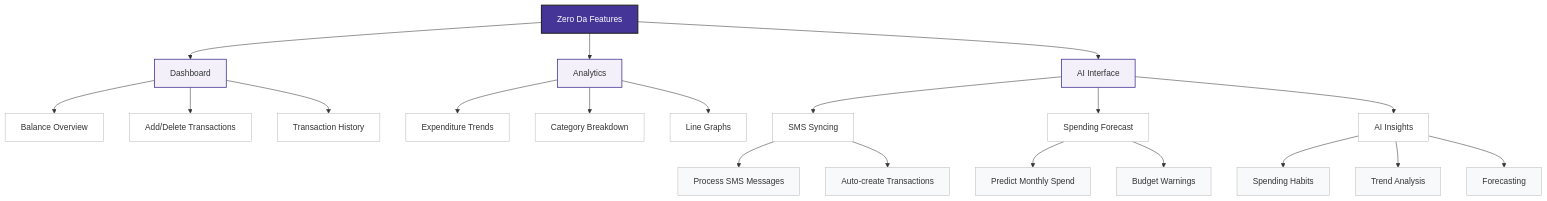
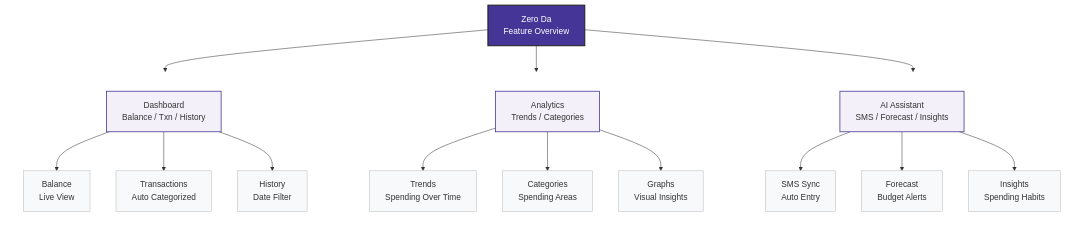
Before and after one commit to gauravmishraokok/ZeroDa: the diagram in README.md, drawn with Mermaid.

Commit message:
ZeroDa : An AI Powered Expense Tracker App

````diff
--- a/README.md
+++ b/README.md
@@ -10,46 +10,61 @@
 ```mermaid
 flowchart TD
-    A[Zero Da Features] --> B[Dashboard]
-    A --> C[Analytics]
-    A --> D[AI Interface]
+    %% Root node
+    ZD[Zero Da<br>Feature Overview]
 
-    B --> B1[Balance Overview]
-    B --> B2[Add/Delete Transactions]
-    B --> B3[Transaction History]
+    %% Connect root to feature groups
+    ZD --> DBGroup
+    ZD --> ANGroup
+    ZD --> AIGroup
 
-    C --> C1[Expenditure Trends]
-    C --> C2[Category Breakdown]
-    C --> C3[Line Graphs]
+    %% Dashboard Subgraph
+    subgraph DBGroup [ ]
+        direction TB
+        DB[Dashboard<br>Balance / Txn / History]
+        DB --> BAL[Balance<br>Live View]
+        DB --> TXN[Transactions<br>Auto Categorized]
+        DB --> HIST[History<br>Date Filter]
+    end
 
-    D --> D1[SMS Syncing]
-    D --> D2[Spending Forecast]
-    D --> D3[AI Insights]
-    D1 --> D1a[Process SMS Messages]
-    D1 --> D1b[Auto-create Transactions]
-    D2 --> D2a[Predict Monthly Spend]
-    D2 --> D2b[Budget Warnings]
-    D3 --> D3a[Spending Habits]
-    D3 --> D3b[Trend Analysis]
-    D3 --> D3c[Forecasting]
+    %% Analytics Subgraph
+    subgraph ANGroup [ ]
+        direction TB
+        AN[Analytics<br>Trends / Categories]
+        AN --> TRENDS[Trends<br>Spending Over Time]
+        AN --> CATS[Categories<br>Spending Areas]
+        AN --> GRAPHS[Graphs<br>Visual Insights]
+    end
 
-    style A fill:#453596,stroke:#222,stroke-width:2px,color:#fff
-    style B fill:#f3f0fa,stroke:#453596,stroke-width:1.5px
-    style C fill:#f3f0fa,stroke:#453596,stroke-width:1.5px
-    style D fill:#f3f0fa,stroke:#453596,stroke-width:1.5px
-    style B1 fill:#fff,stroke:#bbb
-    style B2 fill:#fff,stroke:#bbb
-    style B3 fill:#fff,stroke:#bbb
-    style C1 fill:#fff,stroke:#bbb
-    style C2 fill:#fff,stroke:#bbb
-    style C3 fill:#fff,stroke:#bbb
-    style D1 fill:#fff,stroke:#bbb
-    style D2 fill:#fff,stroke:#bbb
-    style D3 fill:#fff,stroke:#bbb
-    style D1a fill:#f8f9fa,stroke:#bbb
-    style D1b fill:#f8f9fa,stroke:#bbb
-    style D2a fill:#f8f9fa,stroke:#bbb
-    style D2b fill:#f8f9fa,stroke:#bbb
-    style D3a fill:#f8f9fa,stroke:#bbb
-    style D3b fill:#f8f9fa,stroke:#bbb
-    style D3c fill:#f8f9fa,stroke:#bbb
+    %% AI Assistant Subgraph
+    subgraph AIGroup [ ]
+        direction TB
+        AI[AI Assistant<br>SMS / Forecast / Insights]
+        AI --> SMS[SMS Sync<br>Auto Entry]
+        AI --> FC[Forecast<br>Budget Alerts]
+        AI --> INS[Insights<br>Spending Habits]
+    end
+
+    %% Styling - NO comma-separated styles to avoid ghost nodes
+    style ZD fill:#453596,stroke:#222,stroke-width:2px,color:#fff
+
+    style DB fill:#f3f0fa,stroke:#453596,stroke-width:1.5px
+    style BAL fill:#f8f9fa,stroke:#bbb
+    style TXN fill:#f8f9fa,stroke:#bbb
+    style HIST fill:#f8f9fa,stroke:#bbb
+
+    style AN fill:#f3f0fa,stroke:#453596,stroke-width:1.5px
+    style TRENDS fill:#f8f9fa,stroke:#bbb
+    style CATS fill:#f8f9fa,stroke:#bbb
+    style GRAPHS fill:#f8f9fa,stroke:#bbb
+
+    style AI fill:#f3f0fa,stroke:#453596,stroke-width:1.5px
+    style SMS fill:#f8f9fa,stroke:#bbb
+    style FC fill:#f8f9fa,stroke:#bbb
+    style INS fill:#f8f9fa,stroke:#bbb
+
+    style DBGroup fill:transparent,stroke:transparent
+    style ANGroup fill:transparent,stroke:transparent
+    style AIGroup fill:transparent,stroke:transparent
+
+
 ```
````
